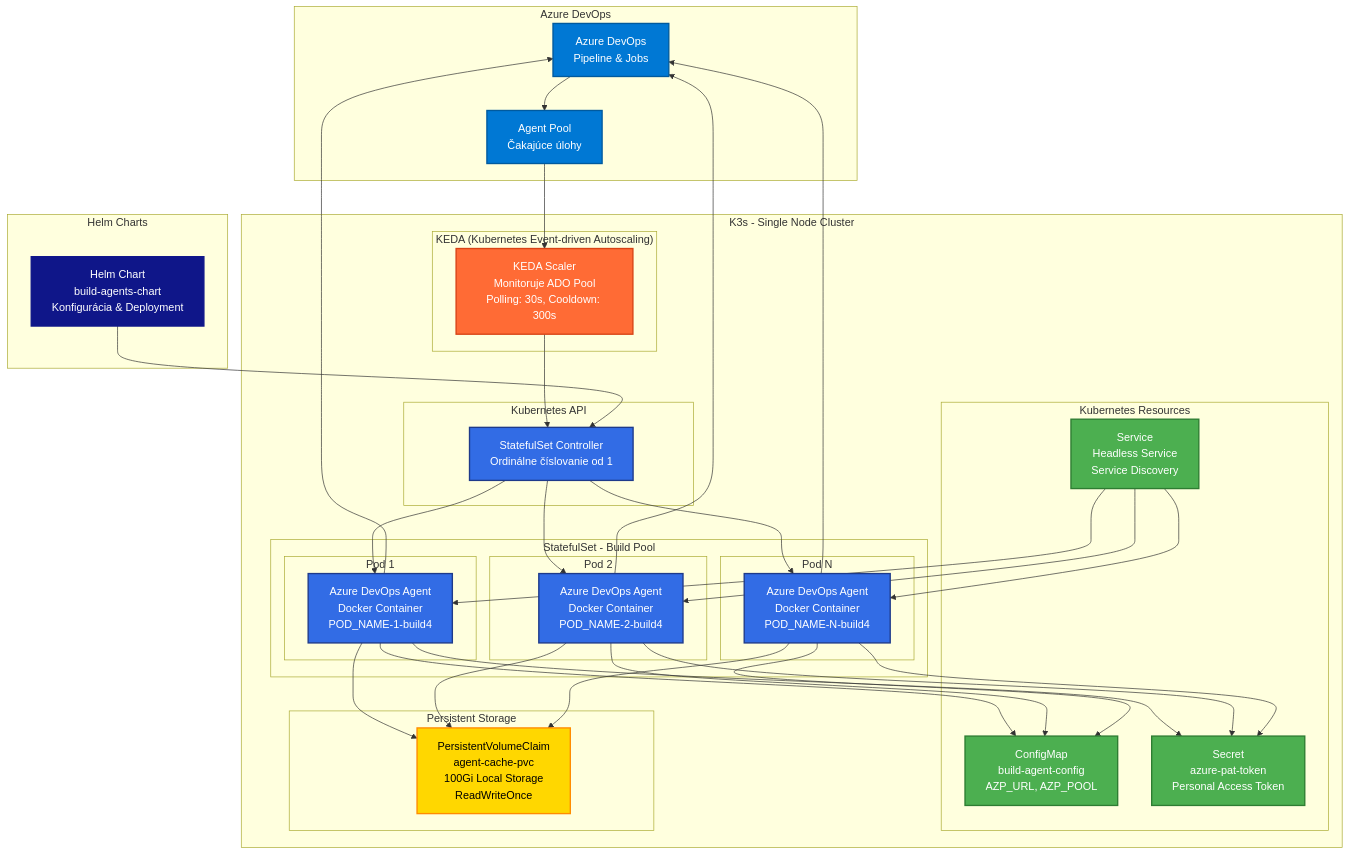
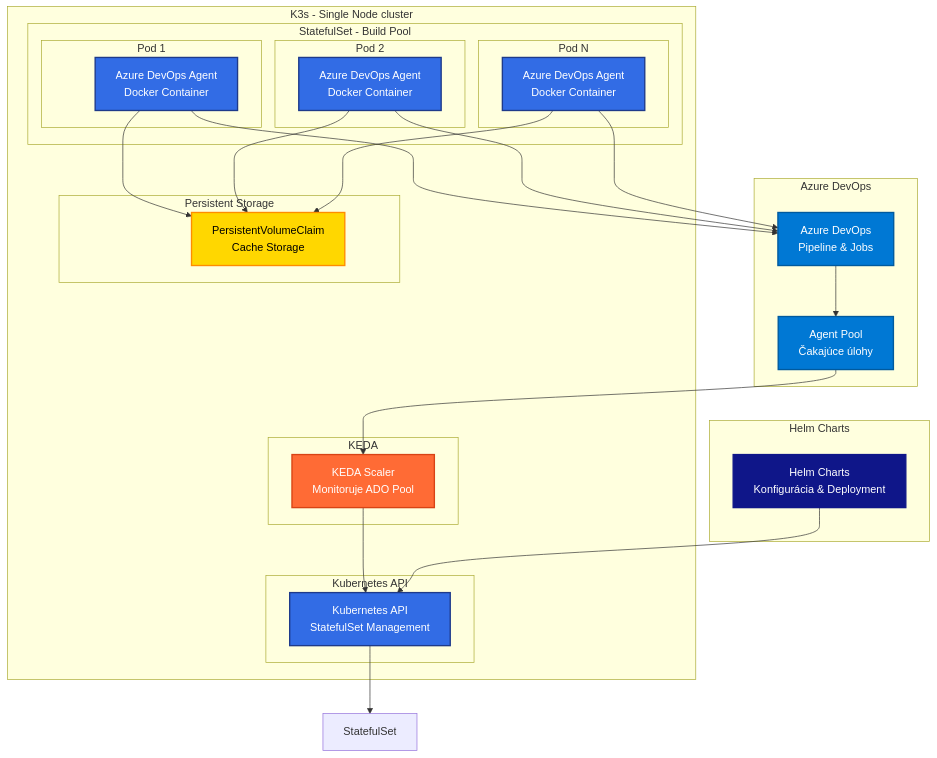
One commit to motycak/kros-sk.github.io changed the first of 2 diagrams in linuxmachine/user-documentation.md. Above: the diagram before and after it, drawn with Mermaid.

````diff
--- a/linuxmachine/user-documentation.md
+++ b/linuxmachine/user-documentation.md
@@ -43,71 +43,50 @@
         ADO_POOL[Agent Pool<br/>Čakajúce úlohy]
     end
     
-    subgraph "K3s - Single Node Cluster"
-        subgraph "KEDA (Kubernetes Event-driven Autoscaling)"
-            KEDA_SCALER[KEDA Scaler<br/>Monitoruje ADO Pool<br/>Polling: 30s, Cooldown: 300s]
-        end
-        
-        subgraph "Kubernetes Resources"
-            CONFIG[ConfigMap<br/>build-agent-config<br/>AZP_URL, AZP_POOL]
-            SECRET[Secret<br/>azure-pat-token<br/>Personal Access Token]
-            SERVICE[Service<br/>Headless Service<br/>Service Discovery]
+    subgraph "K3s - Single Node cluster"
+        subgraph "KEDA"
+            KEDA_SCALER[KEDA Scaler<br/>Monitoruje ADO Pool]
         end
         
         subgraph "StatefulSet - Build Pool"
             subgraph "Pod 1"
-                AGENT1[Azure DevOps Agent<br/>Docker Container<br/>POD_NAME-1-build4]
+                AGENT1[Azure DevOps Agent<br/>Docker Container]
             end
             subgraph "Pod 2"
-                AGENT2[Azure DevOps Agent<br/>Docker Container<br/>POD_NAME-2-build4]
+                AGENT2[Azure DevOps Agent<br/>Docker Container]
             end
             subgraph "Pod N"
-                AGENTN[Azure DevOps Agent<br/>Docker Container<br/>POD_NAME-N-build4]
+                AGENTN[Azure DevOps Agent<br/>Docker Container]
             end
         end
         
         subgraph "Persistent Storage"
-            PVC[PersistentVolumeClaim<br/>agent-cache-pvc<br/>100Gi Local Storage<br/>ReadWriteOnce]
+            PVC[PersistentVolumeClaim<br/>Cache Storage]
         end
         
         subgraph "Kubernetes API"
-            K8S_API[StatefulSet Controller<br/>Ordinálne číslovanie od 1]
+            K8S_API[Kubernetes API<br/>StatefulSet Management]
         end
     end
     
     subgraph "Helm Charts"
-        HELM[Helm Chart<br/>build-agents-chart<br/>Konfigurácia & Deployment]
+        HELM[Helm Charts<br/>Konfigurácia & Deployment]
     end
     
     %% Connections
     ADO --> ADO_POOL
     ADO_POOL --> KEDA_SCALER
     KEDA_SCALER --> K8S_API
+    K8S_API --> StatefulSet
     HELM --> K8S_API
-    
-    K8S_API --> AGENT1
-    K8S_API --> AGENT2
-    K8S_API --> AGENTN
     
     AGENT1 --> PVC
     AGENT2 --> PVC
     AGENTN --> PVC
     
-    AGENT1 --> CONFIG
-    AGENT2 --> CONFIG
-    AGENTN --> CONFIG
-    
-    AGENT1 --> SECRET
-    AGENT2 --> SECRET
-    AGENTN --> SECRET
-    
     AGENT1 --> ADO
     AGENT2 --> ADO
     AGENTN --> ADO
-    
-    SERVICE --> AGENT1
-    SERVICE --> AGENT2
-    SERVICE --> AGENTN
     
     %% Styling
     classDef azure fill:#0078d4,stroke:#005a9e,stroke-width:2px,color:#fff
@@ -115,12 +94,10 @@
     classDef k8s fill:#326ce5,stroke:#1e3a8a,stroke-width:2px,color:#fff
     classDef helm fill:#0f1689,stroke:#0f1689,stroke-width:2px,color:#fff
     classDef storage fill:#ffd700,stroke:#ff8c00,stroke-width:2px,color:#000
-    classDef resources fill:#4caf50,stroke:#2e7d32,stroke-width:2px,color:#fff
     
     class ADO,ADO_POOL azure
     class KEDA_SCALER keda
     class AGENT1,AGENT2,AGENTN,K8S_API k8s
     class HELM helm
     class PVC storage
-    class CONFIG,SECRET,SERVICE resources
 ```
````
